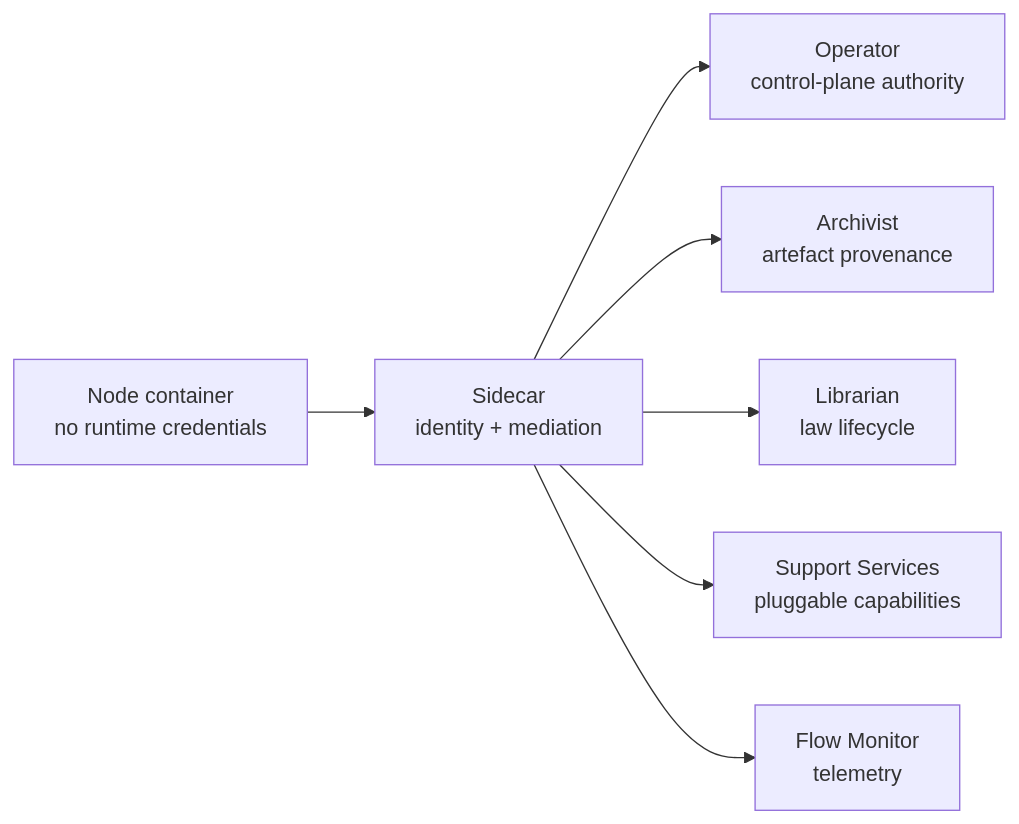
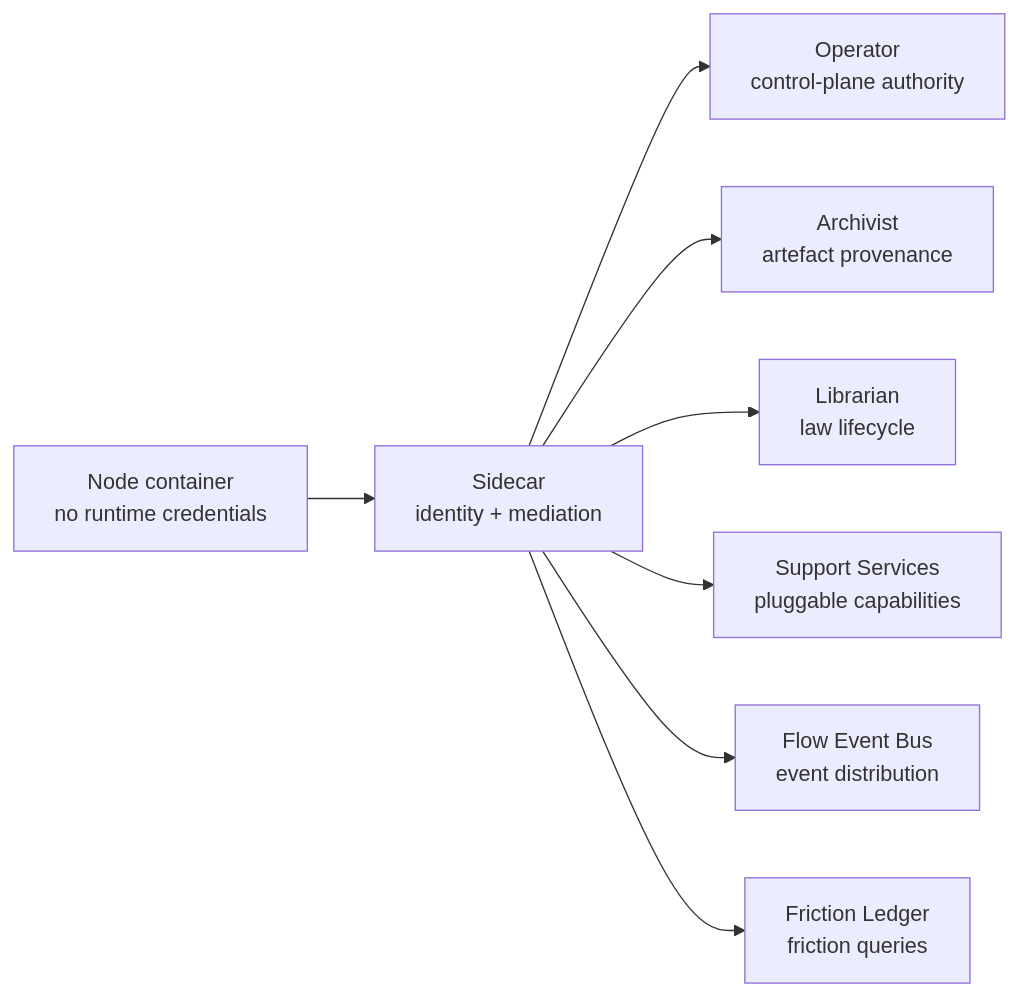
Before and after one commit to really-knows-ai/gideas: the first of 2 diagrams in specs/03-node/01-sidecar.md, drawn with Mermaid. The commit also changed other lines of this file and 49 other files, not shown here.

First line of the commit message:
feat: introduce Flow Event Bus and Friction Ledger as dedicated services, narrowing Flow Monitor to a stateless pipeline adapter

````diff
--- a/specs/03-node/01-sidecar.md
+++ b/specs/03-node/01-sidecar.md
@@ -11,9 +11,10 @@
 ```mermaid
 flowchart LR
     ND["Node container<br/>no runtime credentials"] --> SC["Sidecar<br/>identity + mediation"]
     SC --> OP["Operator<br/>control-plane authority"]
     SC --> AR["Archivist<br/>artefact provenance"]
     SC --> LB["Librarian<br/>law lifecycle"]
     SC --> SS["Support Services<br/>pluggable capabilities"]
-    SC --> FM["Flow Monitor<br/>telemetry"]
+    SC --> EB["Flow Event Bus<br/>event distribution"]
+    SC --> FL["Friction Ledger<br/>friction queries"]
 ```
````
